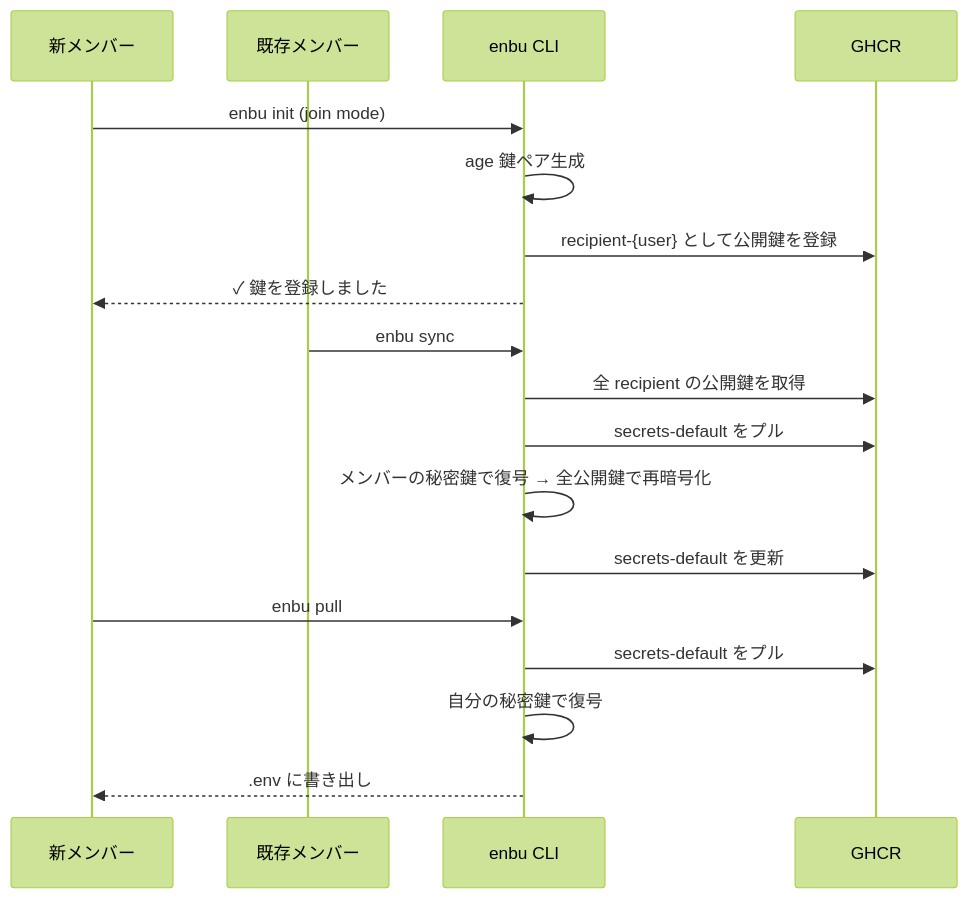
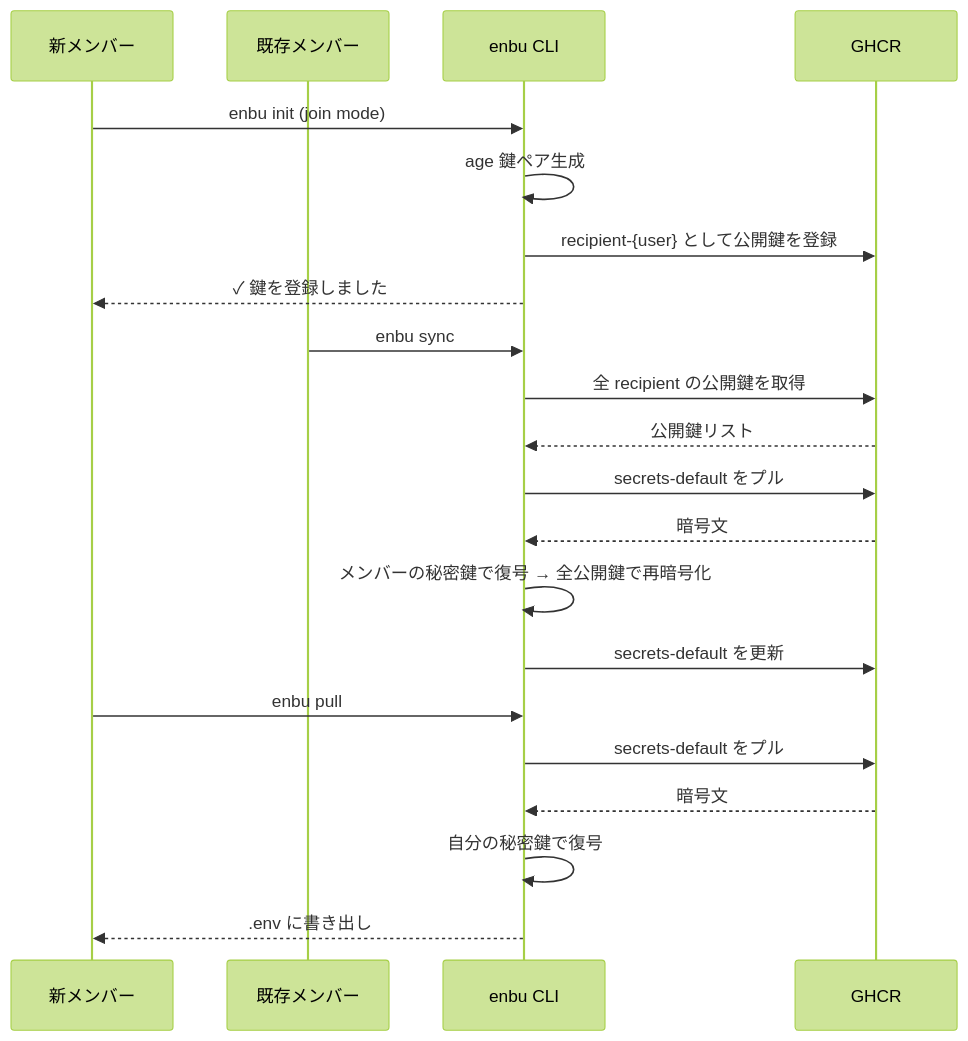
One commit to yashikota/enbu changed the third of 3 diagrams in README.ja.md. Above: the diagram before and after it, drawn with Mermaid (forest theme). The commit also changed other lines of this file and 3 other files, not shown here.

Commit message:
docs: add English README and fix diagram arrows (#14)

````diff
--- a/README.ja.md
+++ b/README.ja.md
@@ -133,23 +157,26 @@
 ```mermaid
 sequenceDiagram
     participant New as 新メンバー
     participant Member as 既存メンバー
     participant CLI as enbu CLI
     participant GHCR as GHCR
 
     New->>CLI: enbu init (join mode)
     CLI->>CLI: age 鍵ペア生成
     CLI->>GHCR: recipient-{user} として公開鍵を登録
     CLI-->>New: ✓ 鍵を登録しました
 
     Member->>CLI: enbu sync
     CLI->>GHCR: 全 recipient の公開鍵を取得
+    GHCR-->>CLI: 公開鍵リスト
     CLI->>GHCR: secrets-default をプル
+    GHCR-->>CLI: 暗号文
     CLI->>CLI: メンバーの秘密鍵で復号 → 全公開鍵で再暗号化
     CLI->>GHCR: secrets-default を更新
 
     New->>CLI: enbu pull
     CLI->>GHCR: secrets-default をプル
+    GHCR-->>CLI: 暗号文
     CLI->>CLI: 自分の秘密鍵で復号
     CLI-->>New: .env に書き出し
 ```
````
